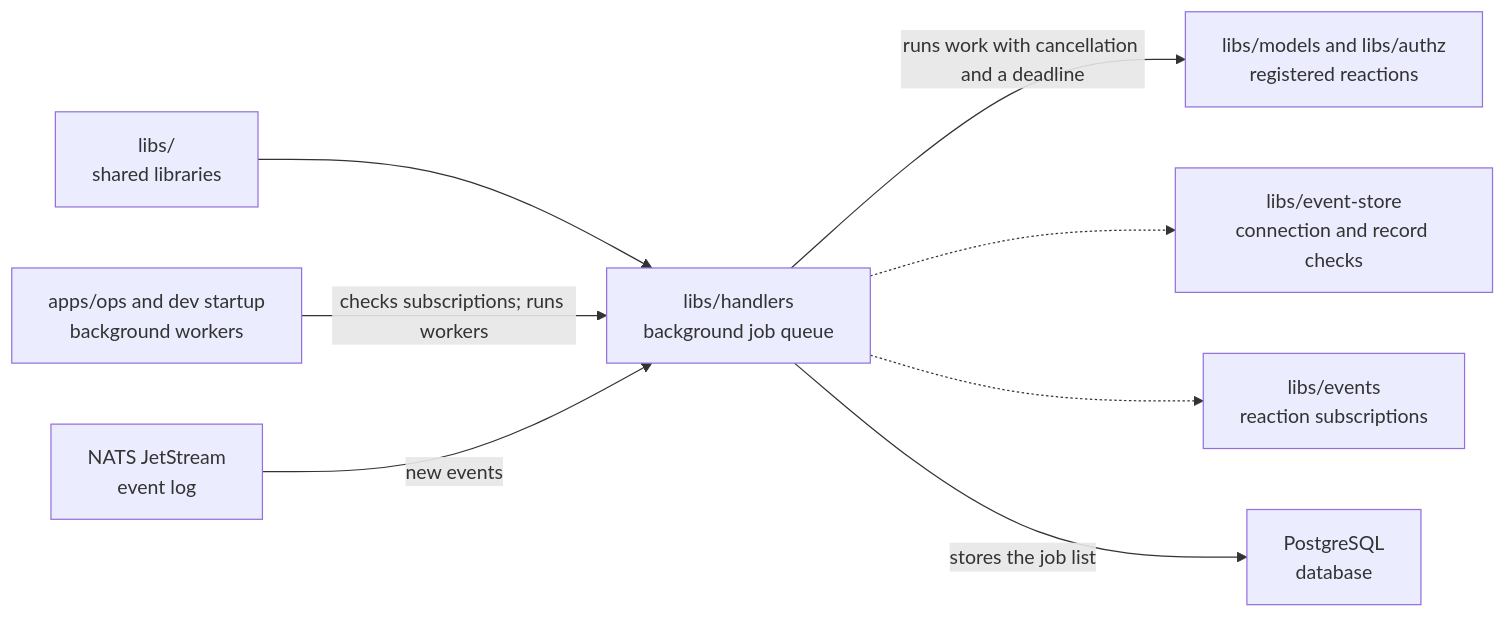
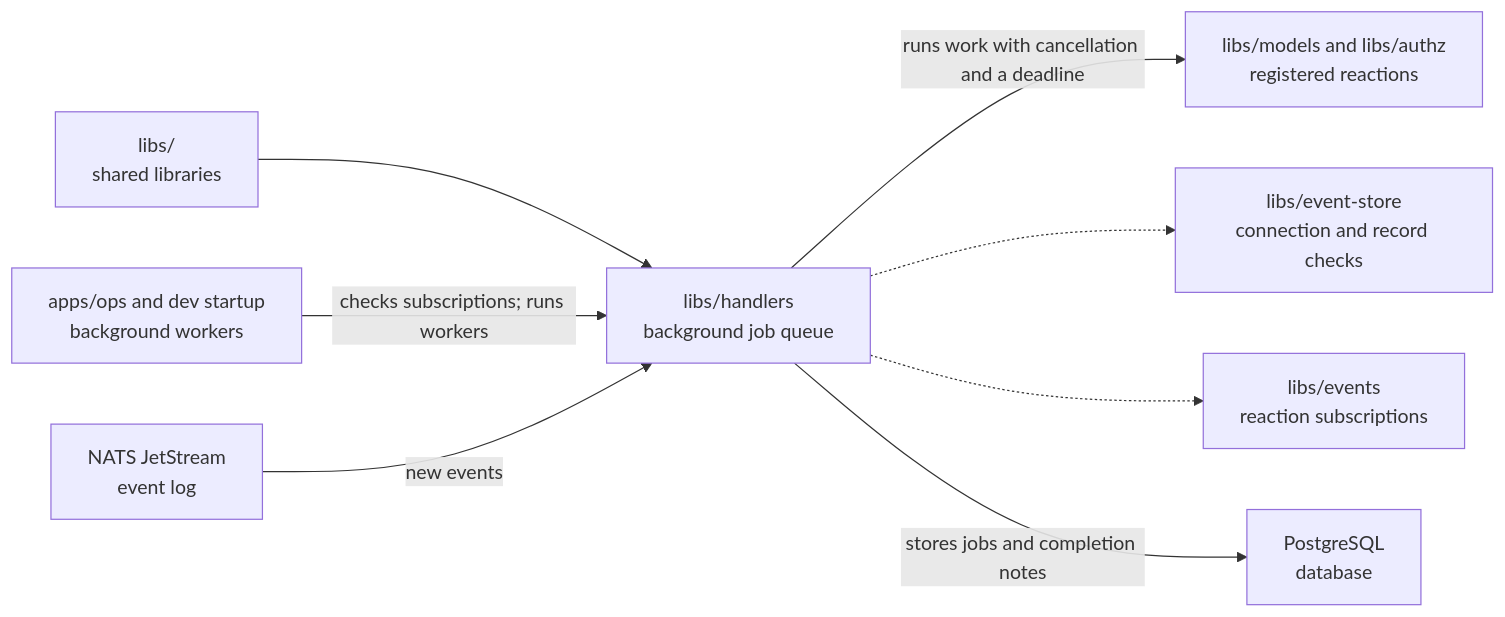
Before and after one commit to elewa-git/opencrane-new: the diagram in libs/handlers/README.md, drawn with Mermaid. The commit also changed other lines of this file and 19 other files, not shown here.

````diff
--- a/libs/handlers/README.md
+++ b/libs/handlers/README.md
@@ -20,10 +20,10 @@
 ```mermaid
 flowchart LR
   parent["libs/<br/>shared libraries"] --> handlers["libs/handlers<br/>background job queue"]
   ops["apps/ops and dev startup<br/>background workers"] -->|checks subscriptions; runs workers| handlers
   nats["NATS JetStream<br/>event log"] -->|new events| handlers
   handlers -->|runs work with cancellation and a deadline| reactions["libs/models and libs/authz<br/>registered reactions"]
   handlers -.-> store["libs/event-store<br/>connection and record checks"]
   handlers -.-> events["libs/events<br/>reaction subscriptions"]
-  handlers -->|stores the job list| pg["PostgreSQL<br/>database"]
+  handlers -->|stores jobs and completion notes| pg["PostgreSQL<br/>database"]
 ```
````
